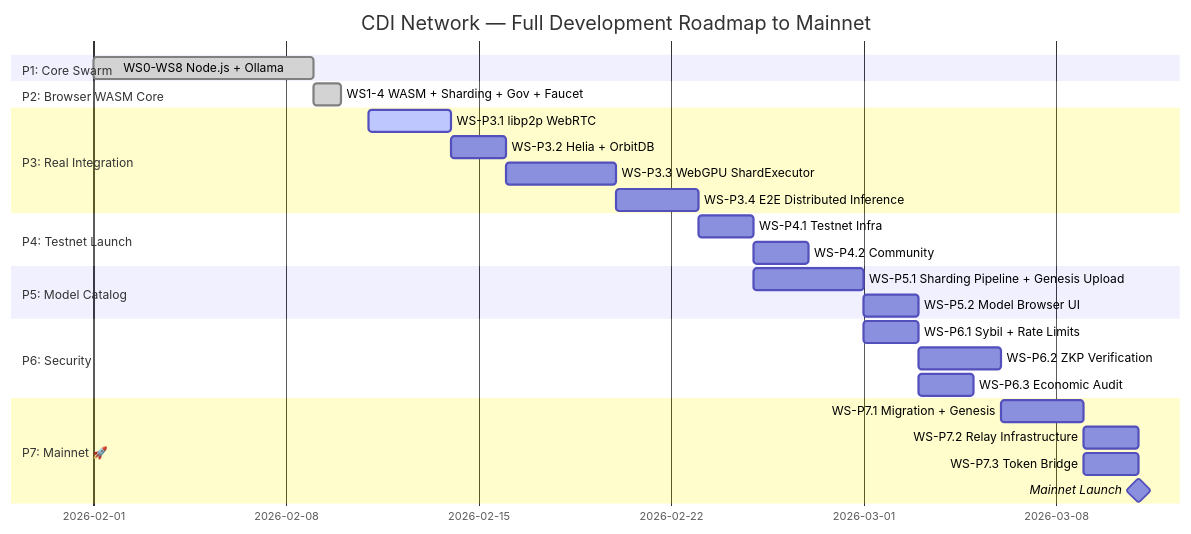
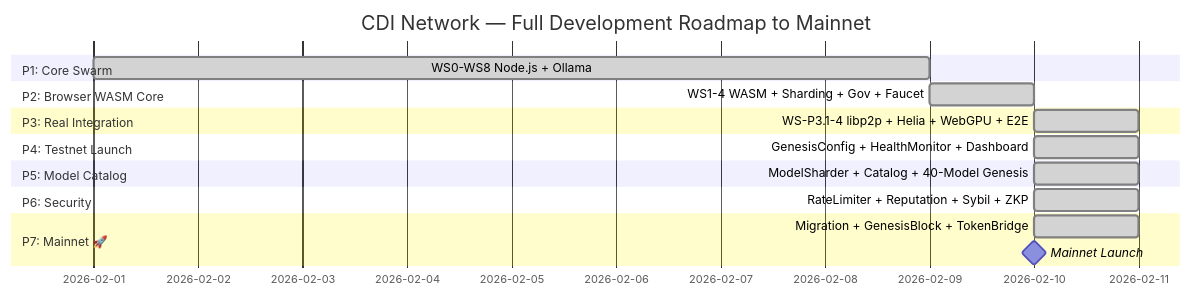
The fifth of 5 diagrams in IMPLEMENTATION_PLAN.md (cdi-network/cdi-network), drawn with Mermaid before and after one commit. The commit also changed other lines of this file, not shown here.

First line of the commit message:
docs: update IMPLEMENTATION_PLAN — all P0-P7 done, 161 tests, public GitHub TODO

````diff
--- a/IMPLEMENTATION_PLAN.md
+++ b/IMPLEMENTATION_PLAN.md
@@ -1501,29 +1501,20 @@
 ```mermaid
 gantt
     title CDI Network — Full Development Roadmap to Mainnet
     dateFormat  YYYY-MM-DD
     section P1: Core Swarm
     WS0-WS8 Node.js + Ollama           :done, p1, 2026-02-01, 2026-02-09
     section P2: Browser WASM Core
     WS1-4 WASM + Sharding + Gov + Faucet :done, p2, 2026-02-09, 2026-02-10
     section P3: Real Integration
-    WS-P3.1 libp2p WebRTC              :active, p3a, 2026-02-11, 3d
-    WS-P3.2 Helia + OrbitDB            :p3b, after p3a, 2d
-    WS-P3.3 WebGPU ShardExecutor       :p3c, after p3b, 4d
-    WS-P3.4 E2E Distributed Inference  :p3d, after p3c, 3d
+    WS-P3.1-4 libp2p + Helia + WebGPU + E2E :done, p3, 2026-02-10, 1d
     section P4: Testnet Launch
-    WS-P4.1 Testnet Infra              :p4a, after p3d, 2d
-    WS-P4.2 Community                  :p4b, after p4a, 2d
+    GenesisConfig + HealthMonitor + Dashboard :done, p4, 2026-02-10, 1d
     section P5: Model Catalog
-    WS-P5.1 Sharding Pipeline + Genesis Upload :p5a, after p4a, 4d
-    WS-P5.2 Model Browser UI           :p5b, after p5a, 2d
+    ModelSharder + Catalog + 40-Model Genesis :done, p5, 2026-02-10, 1d
     section P6: Security
-    WS-P6.1 Sybil + Rate Limits        :p6a, after p5a, 2d
-    WS-P6.2 ZKP Verification           :p6b, after p6a, 3d
-    WS-P6.3 Economic Audit             :p6c, after p6a, 2d
+    RateLimiter + Reputation + Sybil + ZKP   :done, p6, 2026-02-10, 1d
     section P7: Mainnet 🚀
-    WS-P7.1 Migration + Genesis        :p7a, after p6b, 3d
-    WS-P7.2 Relay Infrastructure       :p7b, after p7a, 2d
-    WS-P7.3 Token Bridge               :p7c, after p7a, 2d
-    Mainnet Launch                      :milestone, m1, after p7c, 0d
+    Migration + GenesisBlock + TokenBridge    :done, p7, 2026-02-10, 1d
+    Mainnet Launch                            :milestone, m1, 2026-02-10, 0d
 ```
````
